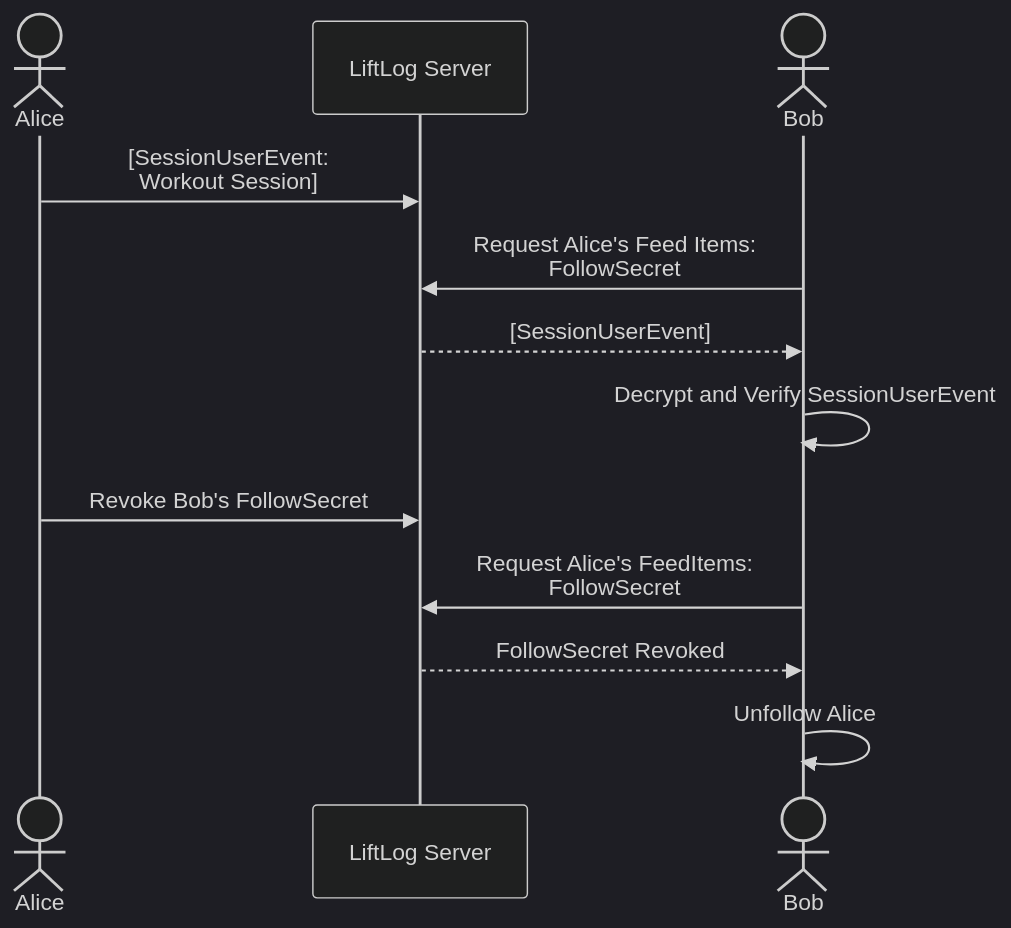
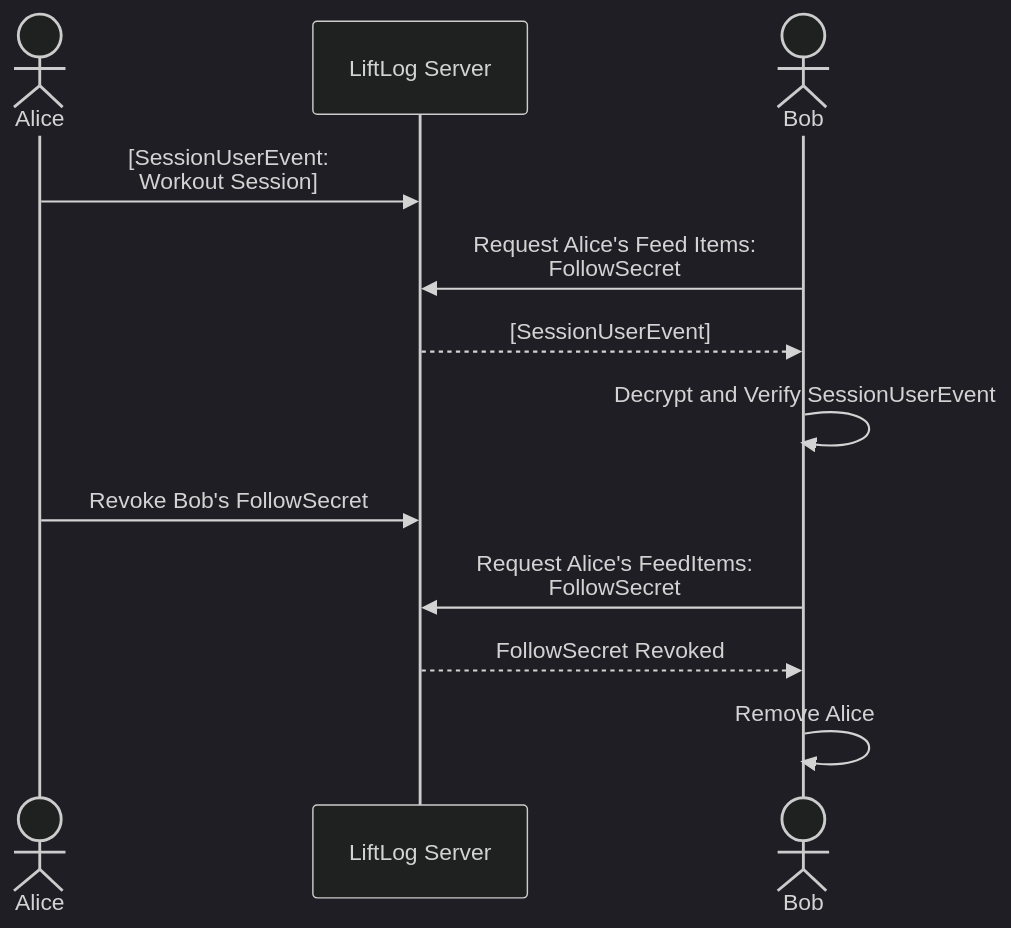
One commit to LiamMorrow/LiftLog changed the second of 2 diagrams in docs/FeedProcess.md. Above: the diagram before and after it, drawn with Mermaid (dark theme). The commit also changed other lines of this file and 19 other files, not shown here.

````diff
--- a/docs/FeedProcess.md
+++ b/docs/FeedProcess.md
@@ -116,14 +156,14 @@
 ```mermaid
 sequenceDiagram
     actor Alice
     participant LiftLog as LiftLog Server
     actor Bob
     Alice->>LiftLog: [SessionUserEvent:<br/>Workout Session]
     Bob->>LiftLog: Request Alice's Feed Items:<br/>FollowSecret
     LiftLog-->>Bob: [SessionUserEvent]
     Bob->>Bob: Decrypt and Verify SessionUserEvent
     Alice->>LiftLog: Revoke Bob's FollowSecret
     Bob->>LiftLog: Request Alice's FeedItems:<br/>FollowSecret
     LiftLog-->>Bob: FollowSecret Revoked
-    Bob->>Bob: Unfollow Alice
+    Bob->>Bob: Remove Alice
 ```
````
